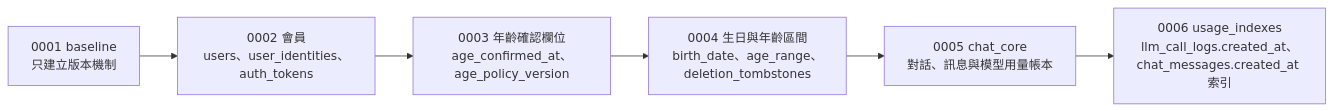
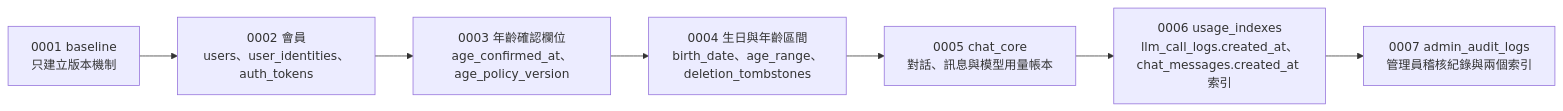
The second of 3 diagrams in docs/資料模型-data-model.md (pp466pp466/R.A.C), drawn with Mermaid before and after one commit. The commit also changed other lines of this file and 54 other files, not shown here.

````diff
--- a/docs/資料模型-data-model.md
+++ b/docs/資料模型-data-model.md
@@ -124,8 +138,9 @@
 ```mermaid
 flowchart LR
     M1["0001 baseline<br/>只建立版本機制"] --> M2["0002 會員<br/>users、user_identities、auth_tokens"]
     M2 --> M3["0003 年齡確認欄位<br/>age_confirmed_at、age_policy_version"]
     M3 --> M4["0004 生日與年齡區間<br/>birth_date、age_range、deletion_tombstones"]
     M4 --> M5["0005 chat_core<br/>對話、訊息與模型用量帳本"]
     M5 --> M6["0006 usage_indexes<br/>llm_call_logs.created_at、chat_messages.created_at 索引"]
+    M6 --> M7["0007 admin_audit_logs<br/>管理員稽核紀錄與兩個索引"]
 ```
````
